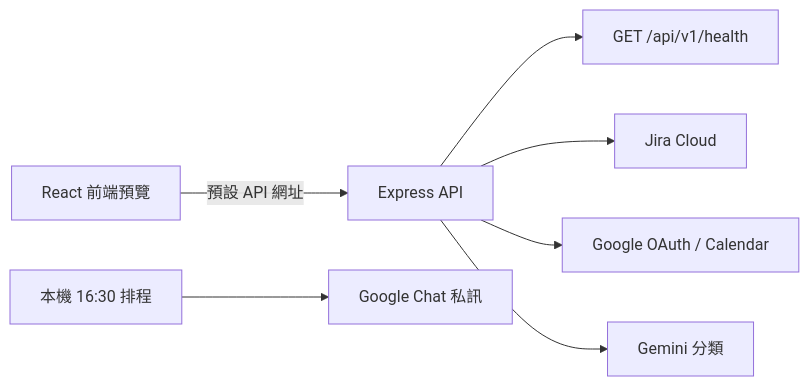
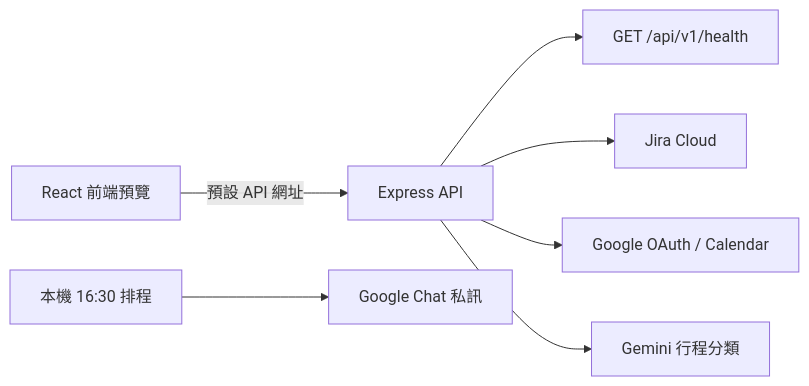
Before and after one commit to yyyxi18/NL-agent: the first of 2 diagrams in README.md, drawn with Mermaid. The commit also changed other lines of this file and 4 other files, not shown here.

````diff
--- a/README.md
+++ b/README.md
@@ -29,9 +29,9 @@
 ```mermaid
 flowchart LR
   Browser[React 前端預覽] -->|預設 API 網址| API[Express API]
   API --> Health[GET /api/v1/health]
   API --> Jira[Jira Cloud]
   API --> Google[Google OAuth / Calendar]
-  API --> Gemini[Gemini 分類]
+  API --> Gemini[Gemini 行程分類]
   LocalScheduler[本機 16:30 排程] --> Chat[Google Chat 私訊]
 ```
````
